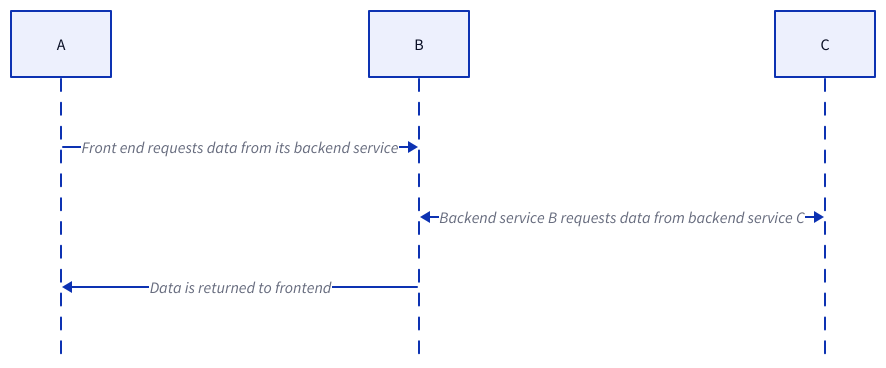
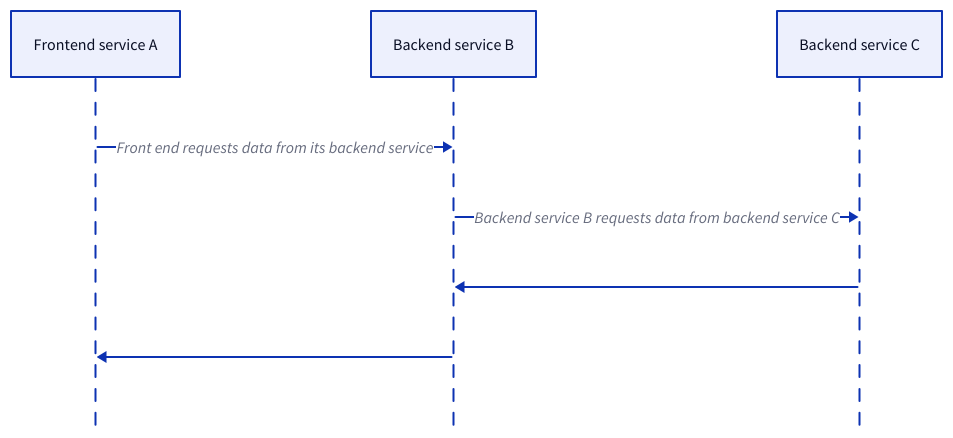
The diagram in src/content/blog/schema-stitching-vs-federation.md (alextuppen/astro-blog), drawn with D2 before and after one commit. The commit also changed 1 other file, not shown here.

Commit message:
Tweaks to schema stitching d2 diagram

````diff
--- a/src/content/blog/schema-stitching-vs-federation.md
+++ b/src/content/blog/schema-stitching-vs-federation.md
@@ -15,6 +15,11 @@
 ```d2
 shape: sequence_diagram
-A -> B: Front end requests data from its backend service
-B <-> C: Backend service B requests data from backend service C
-B -> A: Data is returned to frontend
+a: Frontend service A
+b: Backend service B
+c: Backend service C
+
+a -> b: Front end requests data from its backend service
+b -> c: Backend service B requests data from backend service C
+c -> b
+b -> A
 ```
````
